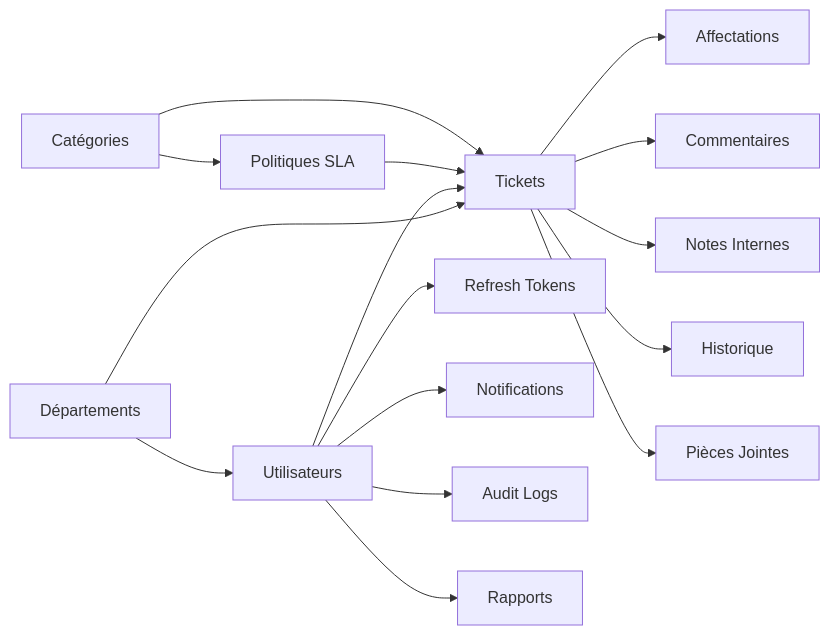
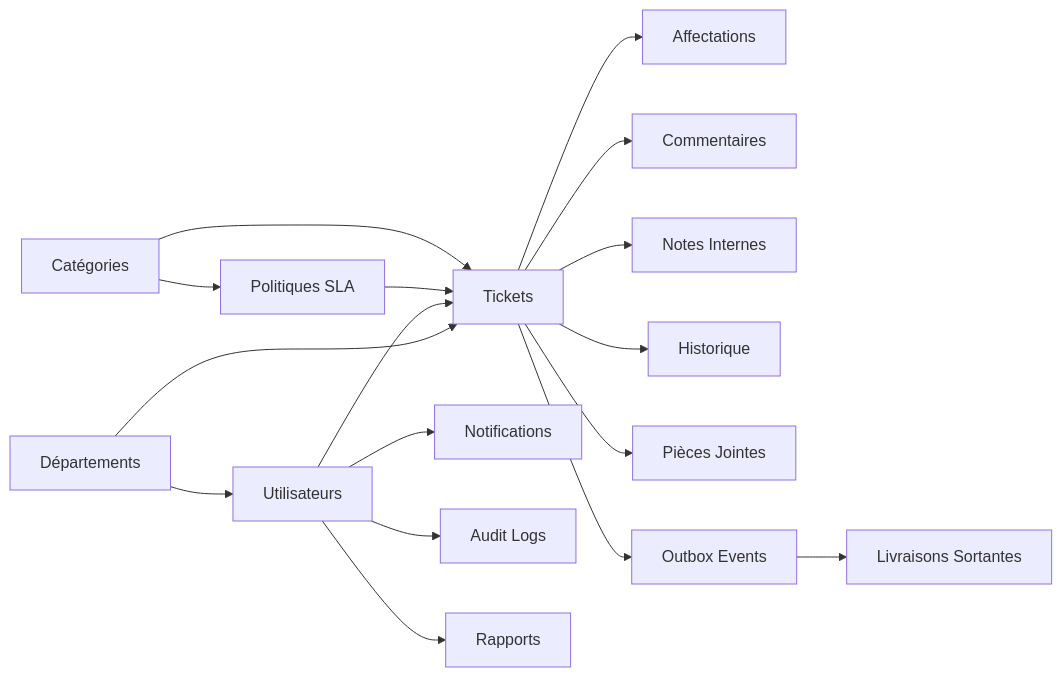
Before and after one commit to enockmigjr/Test-Backend-Telecom: the diagram in README.md, drawn with Mermaid. The commit also changed other lines of this file and 9 other files, not shown here.

````diff
--- a/README.md
+++ b/README.md
@@ -218,18 +151,19 @@
 ```mermaid
 flowchart LR
     D[Départements] --> U[Utilisateurs]
     D --> T[Tickets]
     U --> T
     T --> TA[Affectations]
     T --> TC[Commentaires]
     T --> TN[Notes Internes]
     T --> TH[Historique]
     T --> AT[Pièces Jointes]
-    U --> RT[Refresh Tokens]
+    T --> OE[Outbox Events]
+    OE --> ED[Livraisons Sortantes]
     U --> NT[Notifications]
     U --> AL[Audit Logs]
     U --> RP[Rapports]
     SLA[Politiques SLA] --> T
     CAT[Catégories] --> T
     CAT --> SLA
 ```
````
